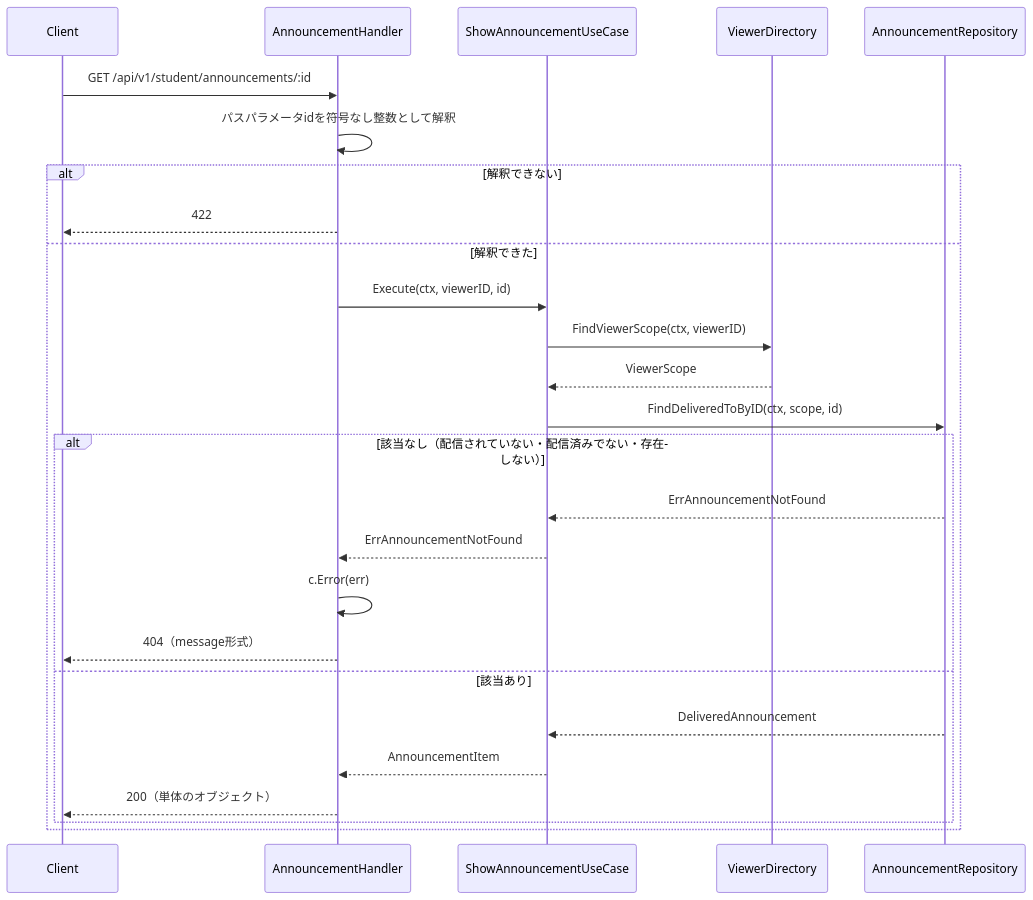
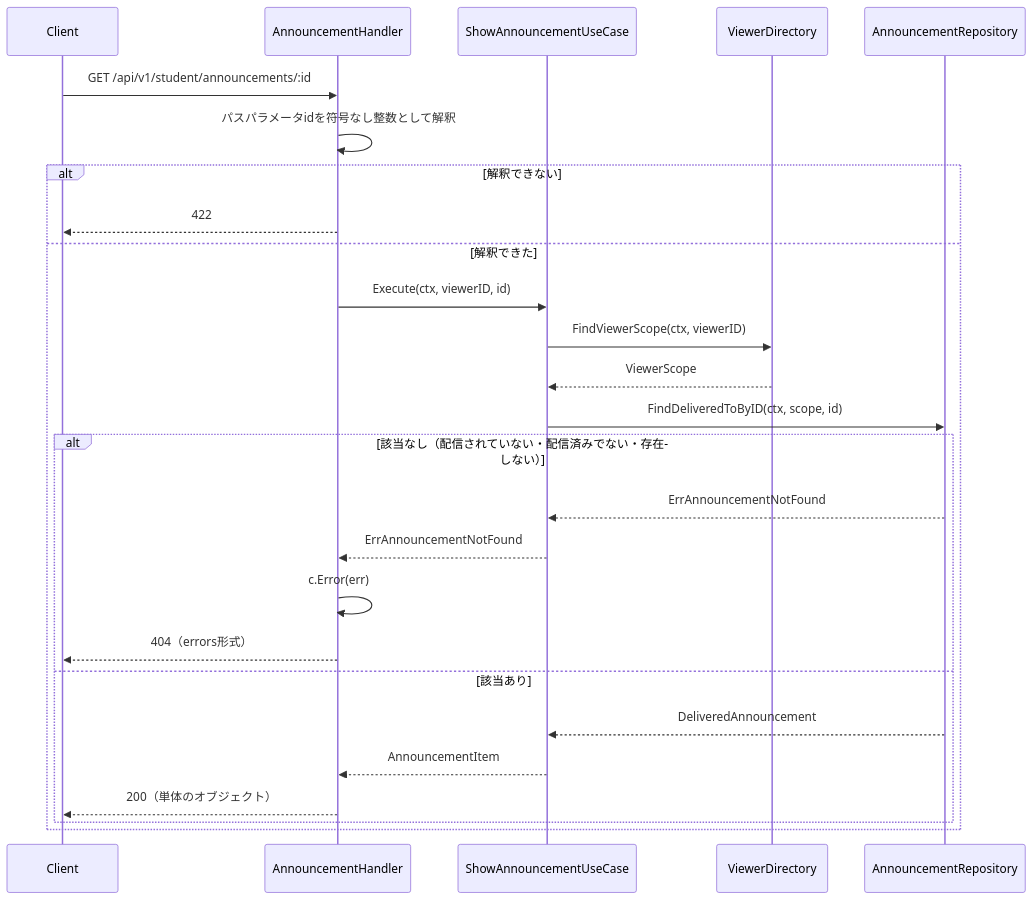
One commit to yuta20253/edu-platform-go-design changed the third of 3 diagrams in 計画書/Go実装仕様書/お知らせ機能_Go実装仕様書.md. Above: the diagram before and after it, drawn with Mermaid. The commit also changed 20 other files, not shown here.

````diff
--- a/計画書/Go実装仕様書/お知らせ機能_Go実装仕様書.md
+++ b/計画書/Go実装仕様書/お知らせ機能_Go実装仕様書.md
@@ -262,29 +262,29 @@
 ```mermaid
 sequenceDiagram
     participant C as Client
     participant H as AnnouncementHandler
     participant U as ShowAnnouncementUseCase
     participant VD as ViewerDirectory
     participant R as AnnouncementRepository
 
     C->>H: GET /api/v1/student/announcements/:id
     H->>H: パスパラメータidを符号なし整数として解釈
     alt 解釈できない
         H-->>C: 422
     else 解釈できた
         H->>U: Execute(ctx, viewerID, id)
         U->>VD: FindViewerScope(ctx, viewerID)
         VD-->>U: ViewerScope
         U->>R: FindDeliveredToByID(ctx, scope, id)
         alt 該当なし（配信されていない・配信済みでない・存在しない）
             R-->>U: ErrAnnouncementNotFound
             U-->>H: ErrAnnouncementNotFound
             H->>H: c.Error(err)
-            H-->>C: 404（message形式）
+            H-->>C: 404（errors形式）
         else 該当あり
             R-->>U: DeliveredAnnouncement
             U-->>H: AnnouncementItem
             H-->>C: 200（単体のオブジェクト）
         end
     end
 ```
````
